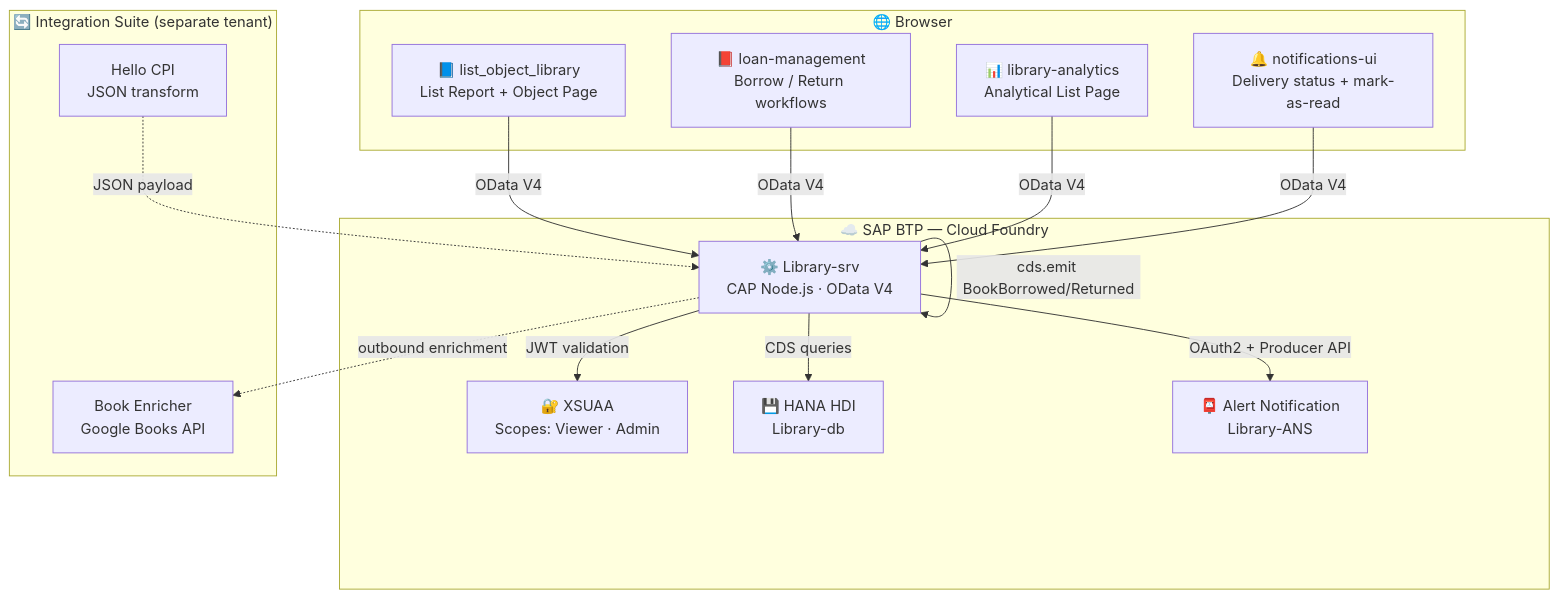
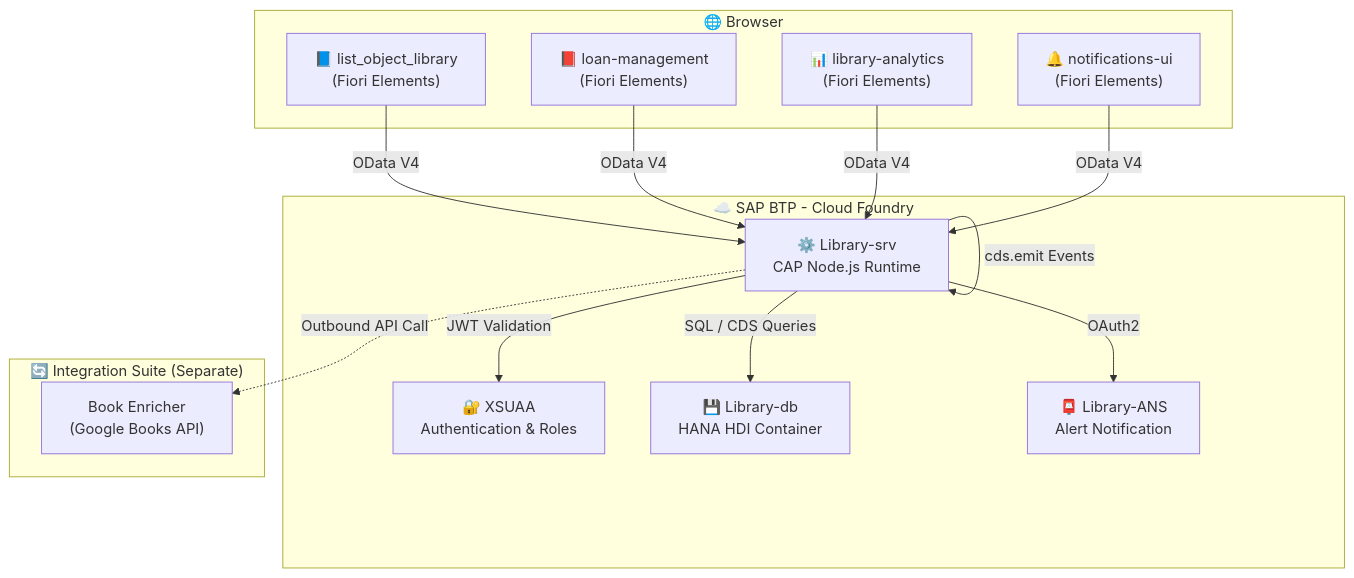
Before and after one commit to dhruv37502005/Library: the diagram in README.md, drawn with Mermaid. The commit also changed other lines of this file and 1 other file, not shown here.

Commit message:
chore: configure cds watch to open main Fiori app automatically

````diff
--- a/README.md
+++ b/README.md
@@ -47,33 +71,27 @@
 ```mermaid
 flowchart TB
     subgraph Browser["🌐 Browser"]
-        FE1["📘 list_object_library<br/>List Report + Object Page"]
-        FE2["📕 loan-management<br/>Borrow / Return workflows"]
-        FE3["📊 library-analytics<br/>Analytical List Page"]
-        FE4["🔔 notifications-ui<br/>Delivery status + mark-as-read"]
+        FE1["📘 list_object_library<br/>(Fiori Elements)"]
+        FE2["📕 loan-management<br/>(Fiori Elements)"]
+        FE3["📊 library-analytics<br/>(Fiori Elements)"]
+        FE4["🔔 notifications-ui<br/>(Fiori Elements)"]
     end
 
-    subgraph CF["☁️ SAP BTP — Cloud Foundry"]
-        SRV["⚙️ Library-srv<br/>CAP Node.js · OData V4"]
-        XSUAA["🔐 XSUAA<br/>Scopes: Viewer · Admin"]
-        HDI["💾 HANA HDI<br/>Library-db"]
-        ANS["📮 Alert Notification<br/>Library-ANS"]
+    subgraph BTP["☁️ SAP BTP - Cloud Foundry"]
+        SRV["⚙️ Library-srv<br/>CAP Node.js Runtime"]
+        XSUAA["🔐 XSUAA<br/>Authentication & Roles"]
+        HDI["💾 Library-db<br/>HANA HDI Container"]
+        ANS["📮 Library-ANS<br/>Alert Notification"]
     end
 
-    subgraph CPI["🔄 Integration Suite (separate tenant)"]
-        IFLOW1["Hello CPI<br/>JSON transform"]
-        IFLOW2["Book Enricher<br/>Google Books API"]
+    subgraph CPI["🔄 Integration Suite (Separate)"]
+        IFLOW["Book Enricher<br/>(Google Books API)"]
     end
 
-    FE1 -->|OData V4| SRV
-    FE2 -->|OData V4| SRV
-    FE3 -->|OData V4| SRV
-    FE4 -->|OData V4| SRV
-
-    SRV -->|JWT validation| XSUAA
-    SRV -->|CDS queries| HDI
-    SRV -->|cds.emit BookBorrowed/Returned| SRV
-    SRV -->|OAuth2 + Producer API| ANS
-    SRV -.->|outbound enrichment| IFLOW2
-    IFLOW1 -.->|JSON payload| SRV
+    FE1 & FE2 & FE3 & FE4 -->|OData V4| SRV
+    SRV -->|JWT Validation| XSUAA
+    SRV -->|SQL / CDS Queries| HDI
+    SRV -->|cds.emit Events| SRV
+    SRV -->|OAuth2| ANS
+    SRV -.->|Outbound API Call| IFLOW
 ```
````
